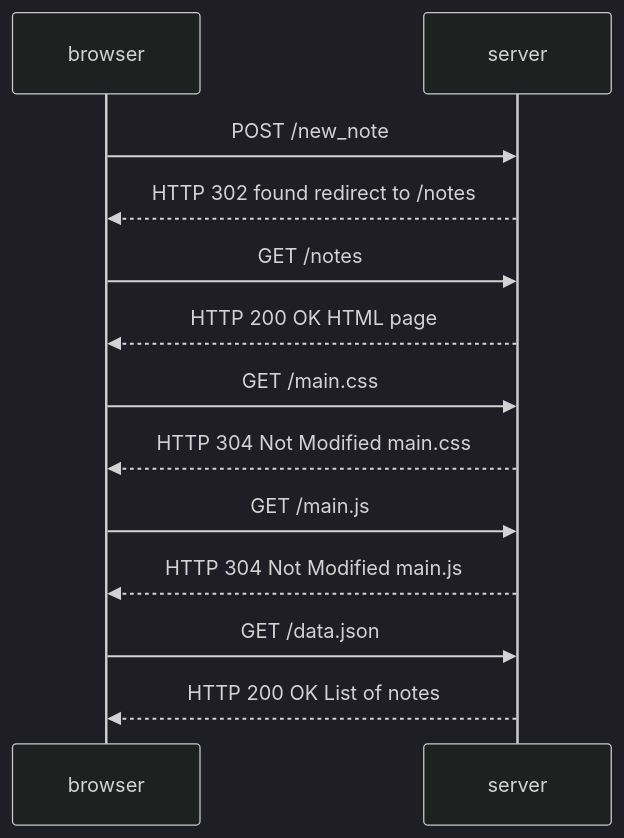
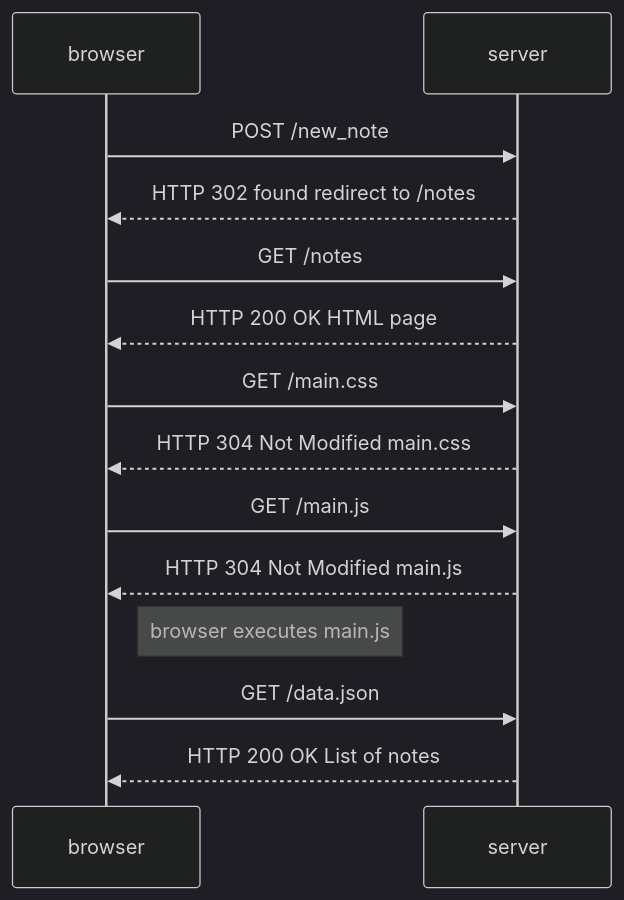
One commit to cecilereine/full-stack-open changed the diagram in part0/0.4 SequenceDiagramExercise.md. Above: the diagram before and after it, drawn with Mermaid (dark theme).

Commit message:
Added js note

````diff
--- a/part0/0.4 SequenceDiagramExercise.md
+++ b/part0/0.4 SequenceDiagramExercise.md
@@ -1,20 +1,22 @@
 ```mermaid                                                                                                                         
 sequenceDiagram
     participant browser                                                       
     participant server
                                                                             
     browser->>server: POST /new_note              
     server-->>browser: HTTP 302 found redirect to /notes
 
     browser->>server: GET /notes
     server-->>browser: HTTP 200 OK HTML page
 
     browser->>server: GET /main.css
     server-->>browser: HTTP 304 Not Modified main.css
 
     browser->>server: GET /main.js
     server-->>browser: HTTP 304 Not Modified main.js
 
+    Note right of browser: browser executes main.js
+
     browser->>server: GET /data.json
     server-->>browser: HTTP 200 OK List of notes
 ```
````
